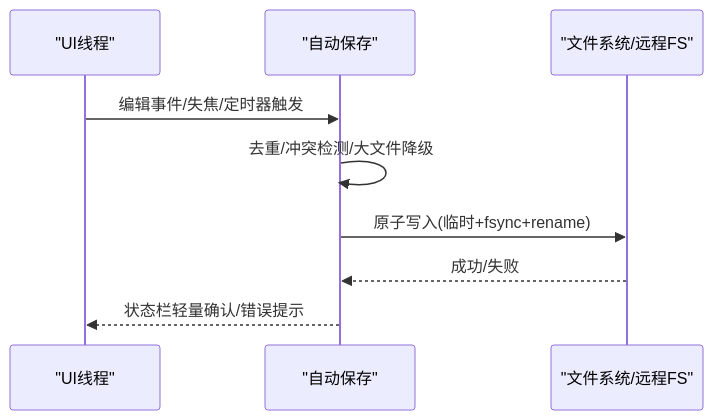
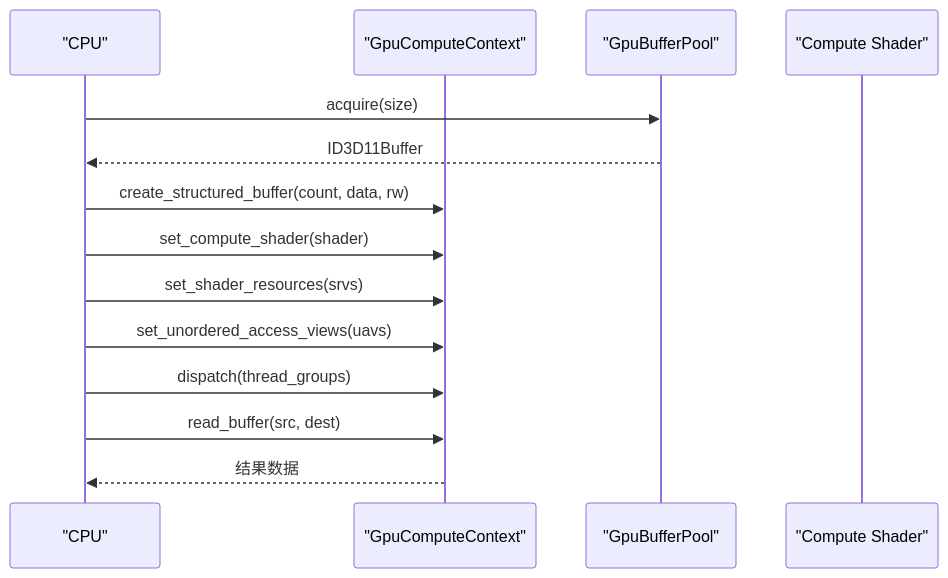
The sixth of 8 diagrams in .qoder/repowiki/zh/content/性能优化/性能优化.md (aetherstudio-cn/AetherStudio), drawn with Mermaid before and after one commit. The commit also changed other lines of this file and 396 other files, not shown here.

````diff
--- a/.qoder/repowiki/zh/content/性能优化/性能优化.md
+++ b/.qoder/repowiki/zh/content/性能优化/性能优化.md
@@ -423,11 +202,16 @@
 ```mermaid
 sequenceDiagram
-participant UI as "UI线程"
-participant AS as "自动保存"
-participant FS as "文件系统/远程FS"
-UI->>AS : 编辑事件/失焦/定时器触发
-AS->>AS : 去重/冲突检测/大文件降级
-AS->>FS : 原子写入(临时+fsync+rename)
-FS-->>AS : 成功/失败
-AS-->>UI : 状态栏轻量确认/错误提示
+participant CPU as "CPU"
+participant Ctx as "GpuComputeContext"
+participant Pool as "GpuBufferPool"
+participant CS as "Compute Shader"
+CPU->>Pool : acquire(size)
+Pool-->>CPU : ID3D11Buffer
+CPU->>Ctx : create_structured_buffer(count, data, rw)
+CPU->>Ctx : set_compute_shader(shader)
+CPU->>Ctx : set_shader_resources(srvs)
+CPU->>Ctx : set_unordered_access_views(uavs)
+CPU->>Ctx : dispatch(thread_groups)
+CPU->>Ctx : read_buffer(src, dest)
+Ctx-->>CPU : 结果数据
 ```
````
